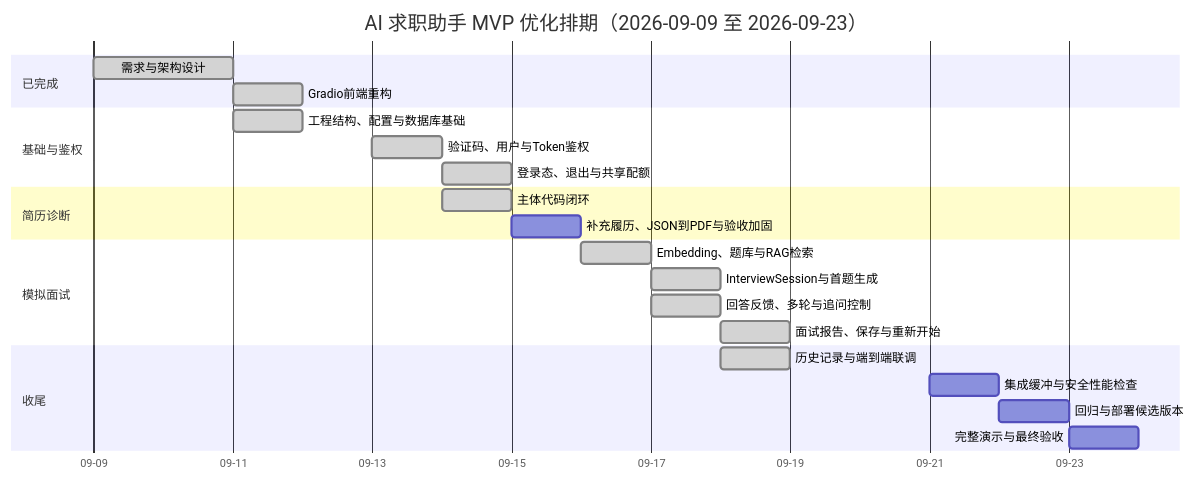
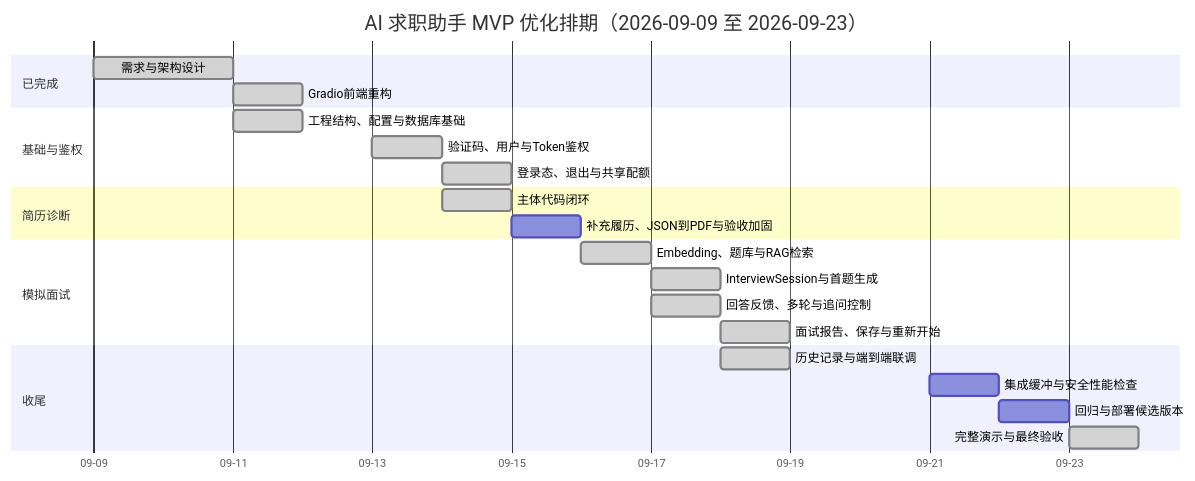
Before and after one commit to WwwwwHM/PBL_jobs-finder: the first of 2 diagrams in 项目排期.md, drawn with Mermaid. The commit also changed other lines of this file and 5 other files, not shown here.

````diff
--- a/项目排期.md
+++ b/项目排期.md
@@ -87,31 +88,31 @@
 ```mermaid
 gantt
     title AI 求职助手 MVP 优化排期（2026-09-09 至 2026-09-23）
     dateFormat YYYY-MM-DD
     axisFormat %m-%d
 
     section 已完成
     需求与架构设计                 :done, a1, 2026-09-09, 2d
     Gradio前端重构                 :done, a2, 2026-09-11, 1d
 
     section 基础与鉴权
     工程结构、配置与数据库基础      :done, b1, 2026-09-11, 1d
     验证码、用户与Token鉴权         :done, b2, 2026-09-13, 1d
     登录态、退出与共享配额          :done, b3, 2026-09-14, 1d
 
     section 简历诊断
     主体代码闭环                   :done, c0, 2026-09-14, 1d
     补充履历、JSON到PDF与验收加固     :c1, 2026-09-15, 1d
 
     section 模拟面试
     Embedding、题库与RAG检索        :done, d1, 2026-09-16, 1d
     InterviewSession与首题生成      :done, d2, 2026-09-17, 1d
     回答反馈、多轮与追问控制         :done, d3, 2026-09-17, 1d
     面试报告、保存与重新开始         :done, d4, 2026-09-18, 1d
 
     section 收尾
     历史记录与端到端联调             :done, e1, 2026-09-18, 1d
     集成缓冲与安全性能检查           :e2, 2026-09-21, 1d
     回归与部署候选版本               :e3, 2026-09-22, 1d
-    完整演示与最终验收               :e4, 2026-09-23, 1d
+    完整演示与最终验收               :done, e4, 2026-09-23, 1d
 ```
````
